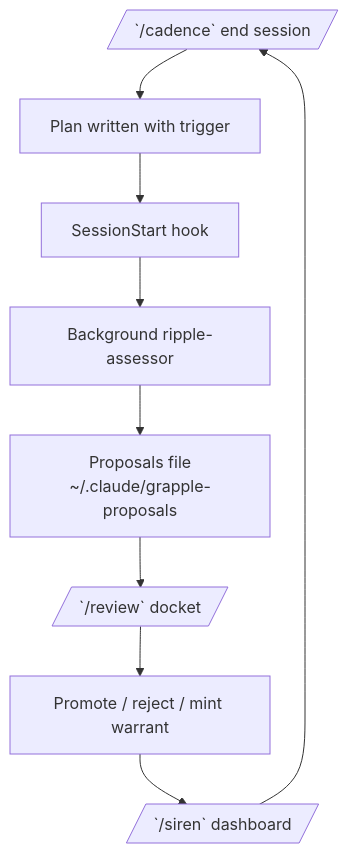
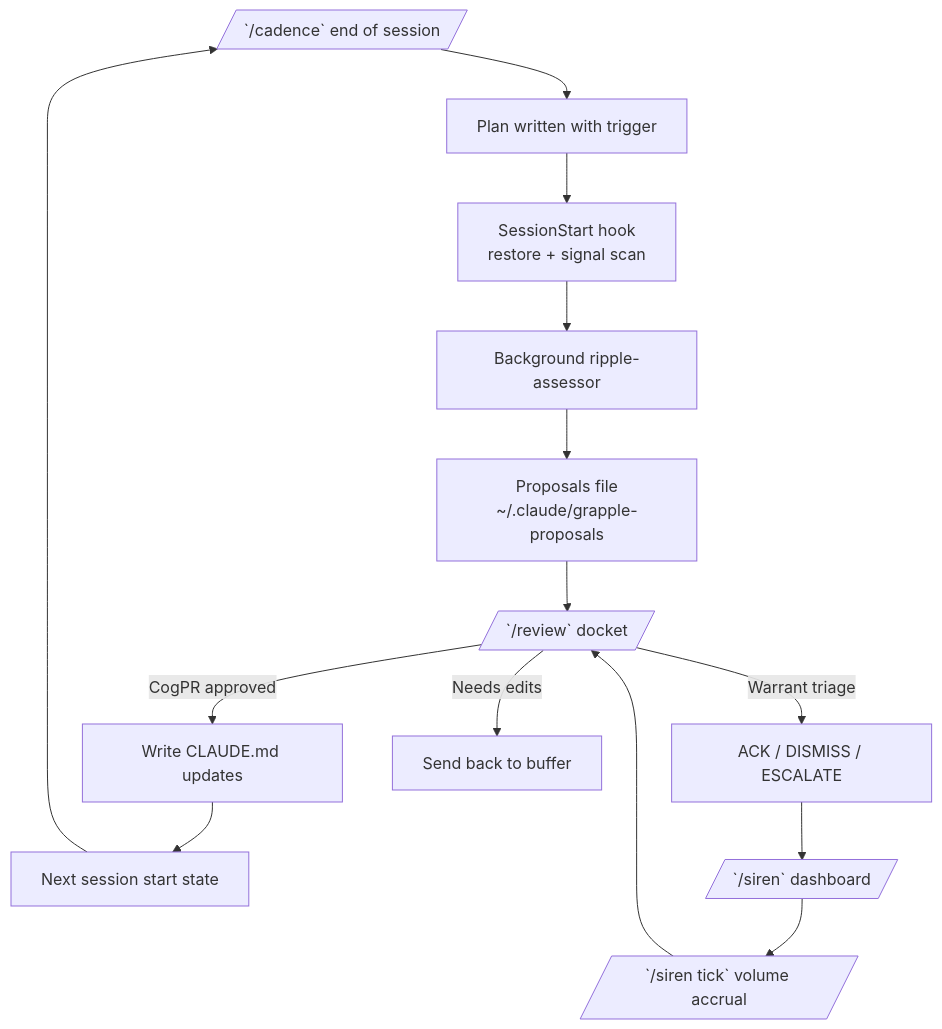
Before and after one commit to prompted365/context-grapple-gun: the diagram in cgg-runtime/skills/README.md, drawn with Mermaid. The commit also changed 3 other files, not shown here.

Commit message:
docs: add mermaid learning loop diagrams

````diff
--- a/cgg-runtime/skills/README.md
+++ b/cgg-runtime/skills/README.md
@@ -9,11 +9,18 @@
 ```mermaid
-flowchart TD
-    Cadence[/`/cadence` end session/] --> Plan[Plan written with trigger]
-    Plan --> SessionStart[SessionStart hook]
+flowchart TB
+    Cadence[/`/cadence` end of session/] --> Plan[Plan written with trigger]
+    Plan --> SessionStart[SessionStart hook<br/>restore + signal scan]
     SessionStart --> Assessor[Background ripple-assessor]
     Assessor --> Proposals[Proposals file<br/>~/.claude/grapple-proposals]
     Proposals --> Review[/`/review` docket/]
-    Review --> Decisions[Promote / reject / mint warrant]
-    Decisions --> Siren[/`/siren` dashboard/]
-    Siren --> Cadence
+
+    Review -->|CogPR approved| Promotion[Write CLAUDE.md updates]
+    Review -->|Warrant triage| Actions[ACK / DISMISS / ESCALATE]
+    Review -->|Needs edits| Iterate[Send back to buffer]
+
+    Promotion --> NextSession[Next session start state]
+    Actions --> Siren[/`/siren` dashboard/]
+    Siren --> Tick[/`/siren tick` volume accrual/]
+    Tick --> Review
+    NextSession --> Cadence
 ```
````
